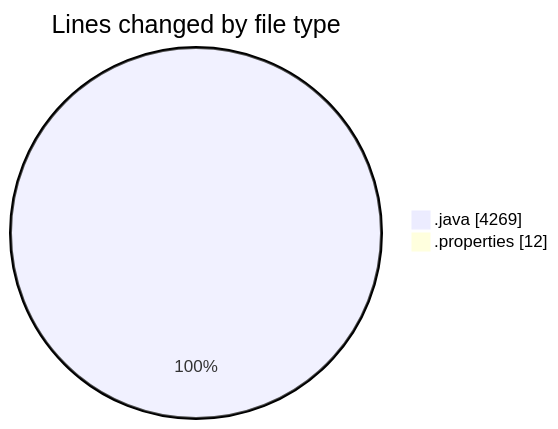
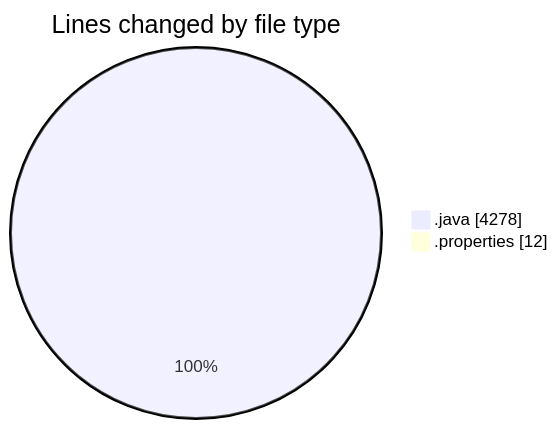
One commit to charlie-sans/code-tracking changed the first of 2 diagrams in 2025-03-18/jmasm/README.md. Above: the diagram before and after it, drawn with Mermaid. The commit also changed other lines of this file and 1 other file, not shown here.

````diff
--- a/2025-03-18/jmasm/README.md
+++ b/2025-03-18/jmasm/README.md
@@ -26,6 +26,6 @@
 ```mermaid
 pie showData
 title Lines changed by file type
-".java" : 4269
+".java" : 4278
 ".properties" : 12
 ```
````
